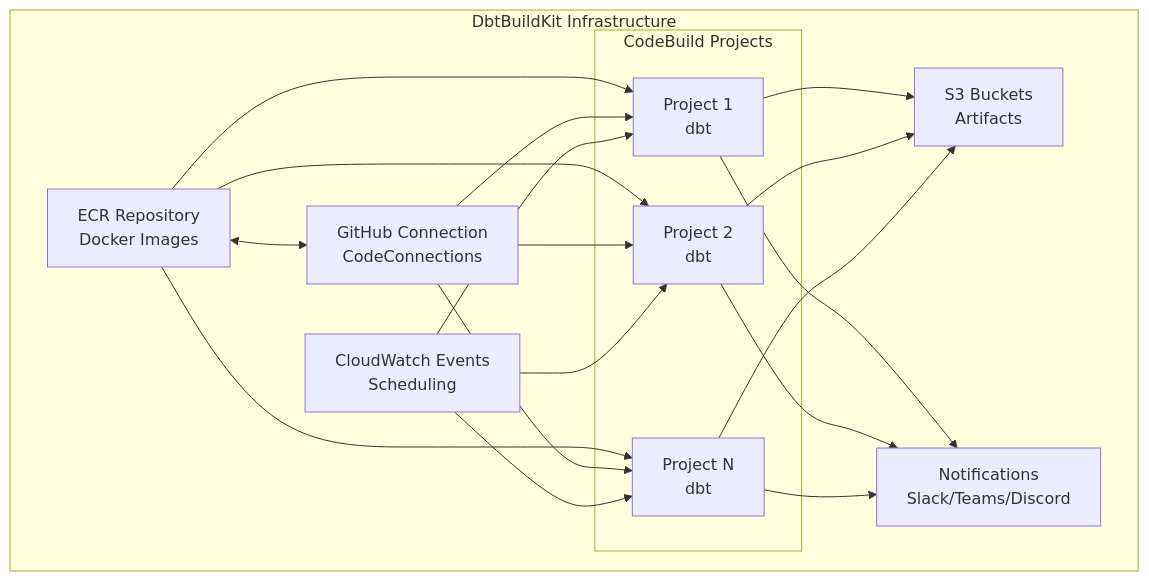
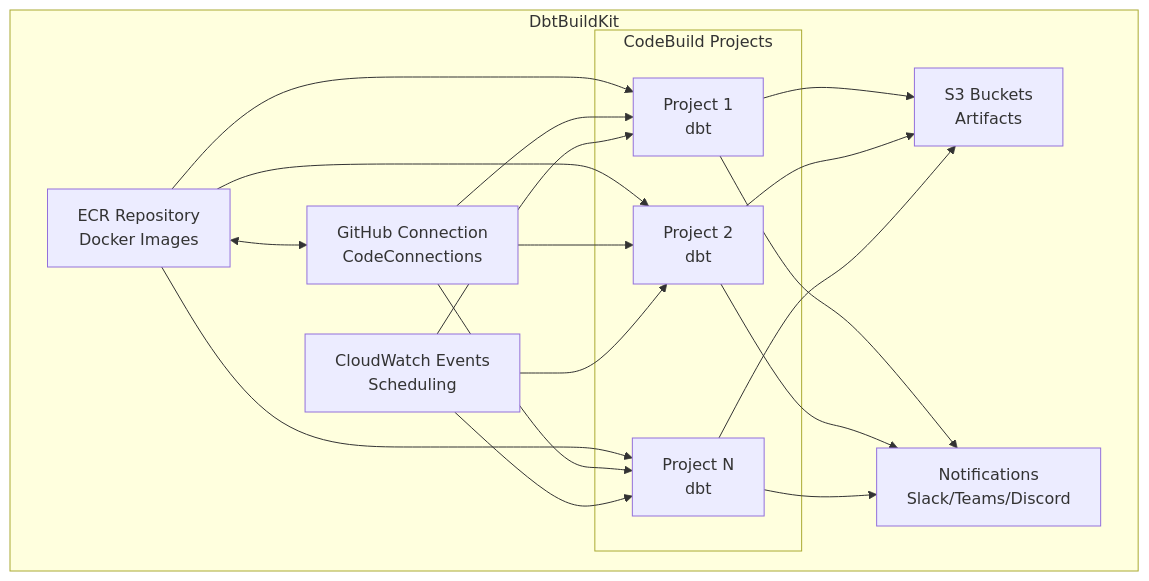
One commit to dbtbuildkit/dbtbuildkit-infra changed the diagram in README.md. Above: the diagram before and after it, drawn with Mermaid. The commit also changed other lines of this file, not shown here.

Commit message:
[docs] 📚: Renomeando titulos

````diff
--- a/README.md
+++ b/README.md
@@ -80,39 +80,39 @@
 ```mermaid
 graph TB
-    subgraph "DbtBuildKit Infrastructure"
+    subgraph "DbtBuildKit"
         ECR[ECR Repository<br/>Docker Images]
         GitHub[GitHub Connection<br/>CodeConnections]
         
         ECR <--> GitHub
         
         subgraph "CodeBuild Projects"
             Proj1[Project 1<br/>dbt]
             Proj2[Project 2<br/>dbt]
             ProjN[Project N<br/>dbt]
         end
         
         ECR --> Proj1
         ECR --> Proj2
         ECR --> ProjN
         GitHub --> Proj1
         GitHub --> Proj2
         GitHub --> ProjN
         
         CloudWatch[CloudWatch Events<br/>Scheduling]
         S3[S3 Buckets<br/>Artifacts]
         
         CloudWatch --> Proj1
         CloudWatch --> Proj2
         CloudWatch --> ProjN
         
         Proj1 --> S3
         Proj2 --> S3
         ProjN --> S3
         
         Notifications[Notifications<br/>Slack/Teams/Discord]
         
         Proj1 --> Notifications
         Proj2 --> Notifications
         ProjN --> Notifications
     end
 ```
````
